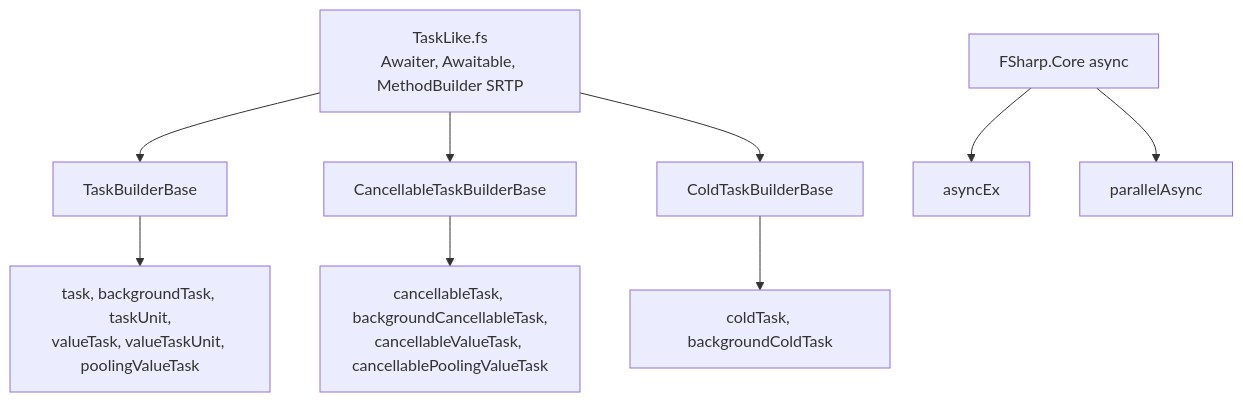
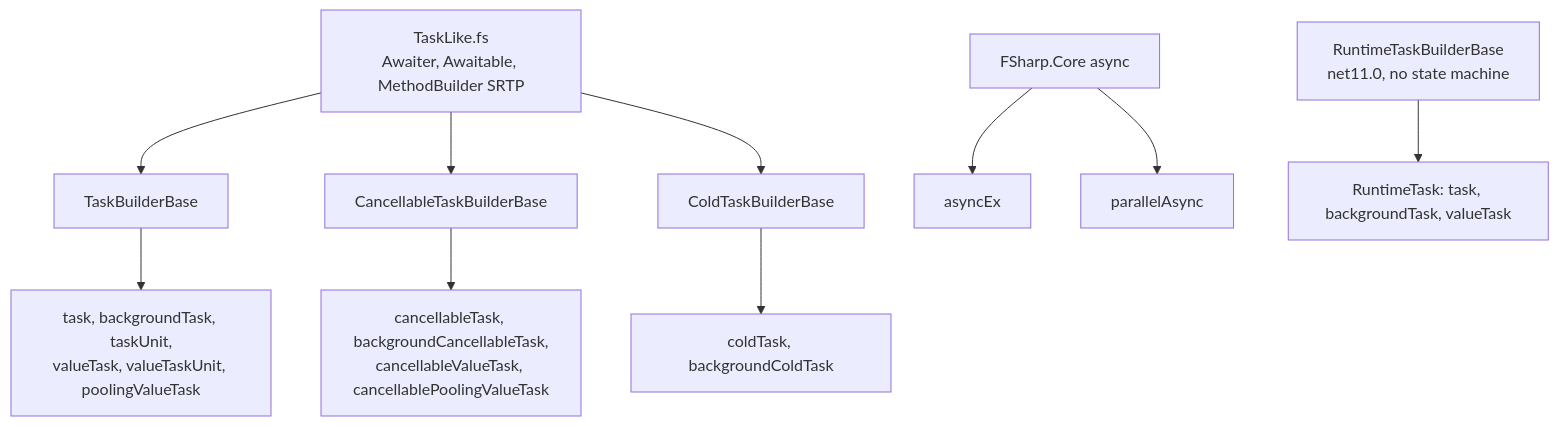
One commit to TheAngryByrd/IcedTasks changed the diagram in lode/builders/summary.md. Above: the diagram before and after it, drawn with Mermaid. The commit also changed other lines of this file and 23 other files, not shown here.

First line of the commit message:
Add runtime-async task builders for F# 11

````diff
--- a/lode/builders/summary.md
+++ b/lode/builders/summary.md
@@ -26,11 +27,12 @@
 ```mermaid
 flowchart TD
     TaskLike["TaskLike.fs<br/>Awaiter, Awaitable, MethodBuilder SRTP"] --> TBB["TaskBuilderBase"]
     TaskLike --> CTBB["CancellableTaskBuilderBase"]
     TaskLike --> CTB["ColdTaskBuilderBase"]
     TBB --> hot["task, backgroundTask, taskUnit,<br/>valueTask, valueTaskUnit, poolingValueTask"]
     CTBB --> canc["cancellableTask, backgroundCancellableTask,<br/>cancellableValueTask, cancellablePoolingValueTask"]
     CTB --> cold["coldTask, backgroundColdTask"]
     asyncB["FSharp.Core async"] --> ax["asyncEx"]
     asyncB --> pa["parallelAsync"]
+    rt["RuntimeTaskBuilderBase<br/>net11.0, no state machine"] --> rtb["RuntimeTask: task, backgroundTask, valueTask"]
 ```
````
